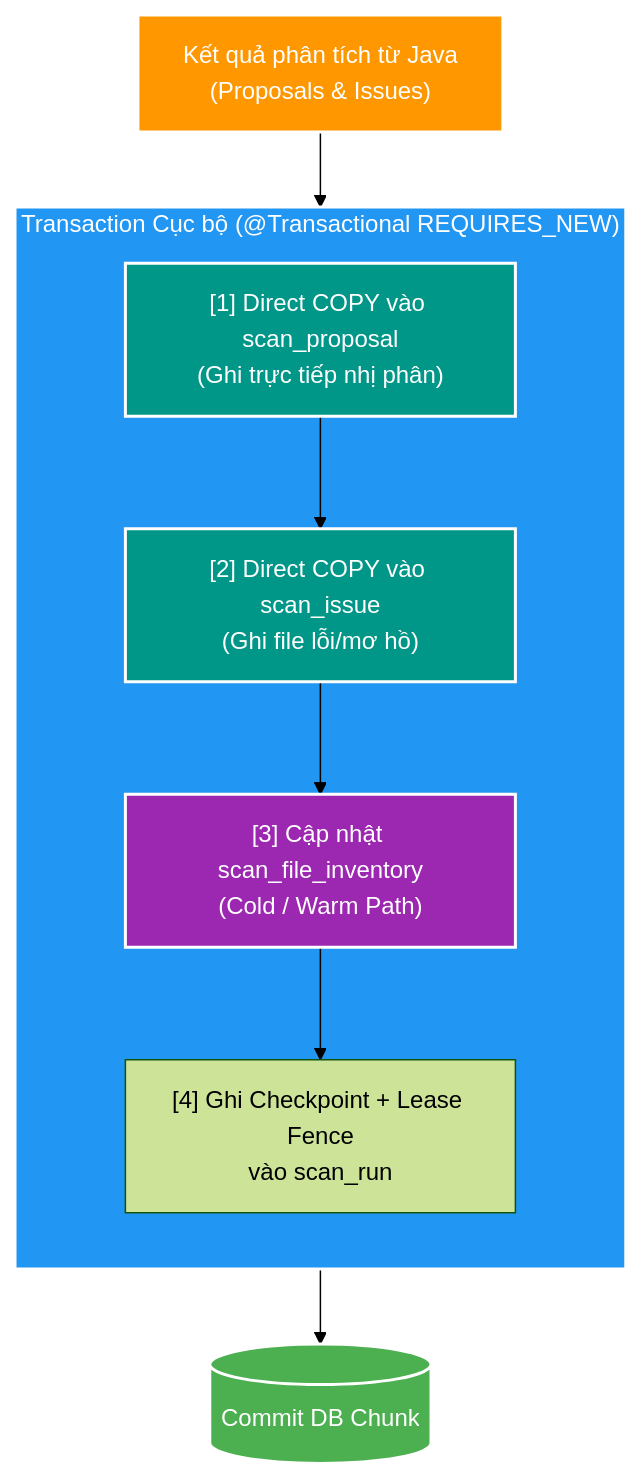
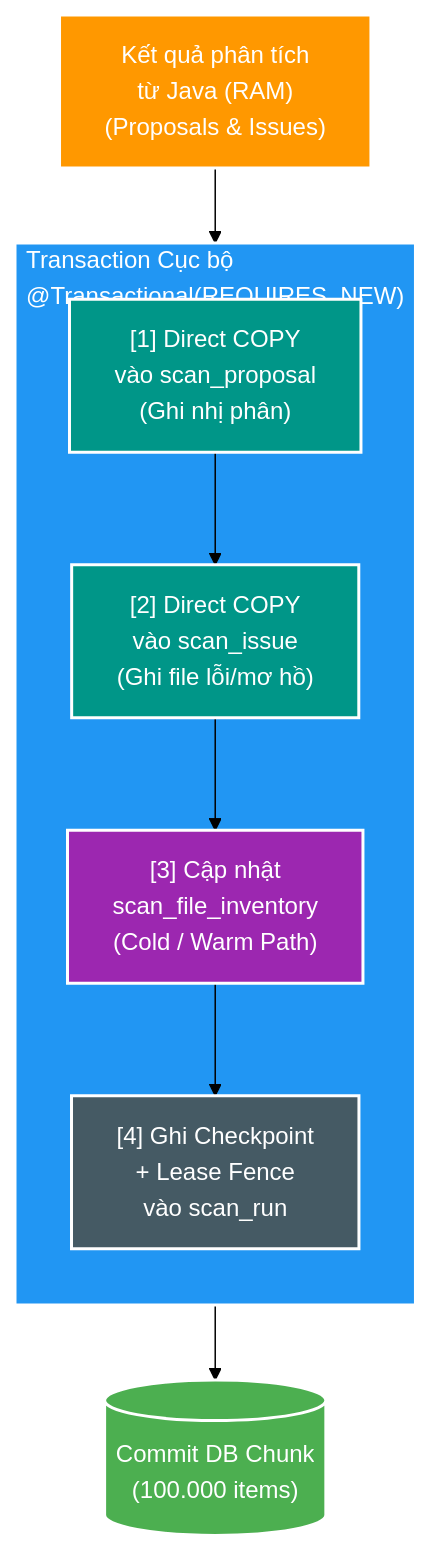
Before and after one commit to HungPhan200591/file-mngt-be-v2: the fifth of 6 diagrams in manual/learning/use-cases/scale-capacity/sc-01-scan-one-million-filesystem-entry/references/deep-dive-scan-preview-pipeline-under-30s.md, drawn with Mermaid (forest theme). The commit also changed other lines of this file, not shown here.

Commit message:
refactor(documentation): enhance clarity and detail in deep dive scan preview pipeline documentation

````diff
--- a/manual/learning/use-cases/scale-capacity/sc-01-scan-one-million-filesystem-entry/references/deep-dive-scan-preview-pipeline-under-30s.md
+++ b/manual/learning/use-cases/scale-capacity/sc-01-scan-one-million-filesystem-entry/references/deep-dive-scan-preview-pipeline-under-30s.md
@@ -331,24 +333,25 @@
 ```mermaid
 flowchart TD
-    ANALYZE["Kết quả phân tích từ Java<br/>(Proposals &amp; Issues)"]
+    ANALYZE["Kết quả phân tích<br/>từ Java (RAM)<br/>(Proposals &amp; Issues)"]
     
-    subgraph TX["Transaction Cục bộ (@Transactional REQUIRES_NEW)"]
+    subgraph TX["Transaction Cục bộ<br/>@Transactional(REQUIRES_NEW)"]
         direction TB
-        C1["[1] Direct COPY vào scan_proposal<br/>(Ghi trực tiếp nhị phân)"]
-        C2["[2] Direct COPY vào scan_issue<br/>(Ghi file lỗi/mơ hồ)"]
-        C3["[3] Cập nhật scan_file_inventory<br/>(Cold / Warm Path)"]
-        C4["[4] Ghi Checkpoint + Lease Fence<br/>vào scan_run"]
+        C1["[1] Direct COPY<br/>vào scan_proposal<br/>(Ghi nhị phân)"]
+        C2["[2] Direct COPY<br/>vào scan_issue<br/>(Ghi file lỗi/mơ hồ)"]
+        C3["[3] Cập nhật<br/>scan_file_inventory<br/>(Cold / Warm Path)"]
+        C4["[4] Ghi Checkpoint<br/>+ Lease Fence<br/>vào scan_run"]
         
         C1 --> C2 --> C3 --> C4
     end
 
     ANALYZE --> TX
-    TX --> COMMIT[("Commit DB Chunk")]
+    TX --> COMMIT[("Commit DB Chunk<br/>(100.000 items)")]
 
     style ANALYZE fill:#FF9800,stroke:#fff,stroke-width:2px,color:#fff
     style TX fill:#2196F3,stroke:#fff,stroke-width:2px,color:#fff
     style C1 fill:#009688,stroke:#fff,stroke-width:2px,color:#fff
     style C2 fill:#009688,stroke:#fff,stroke-width:2px,color:#fff
     style C3 fill:#9C27B0,stroke:#fff,stroke-width:2px,color:#fff
+    style C4 fill:#455A64,stroke:#fff,stroke-width:2px,color:#fff
     style COMMIT fill:#4CAF50,stroke:#fff,stroke-width:2px,color:#fff
 ```
````
